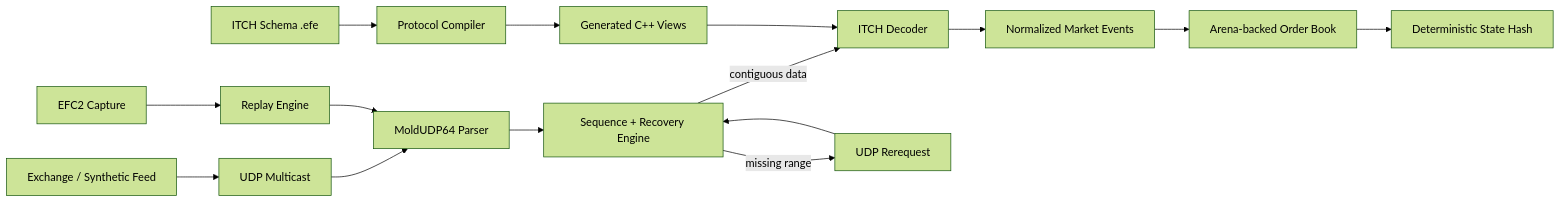
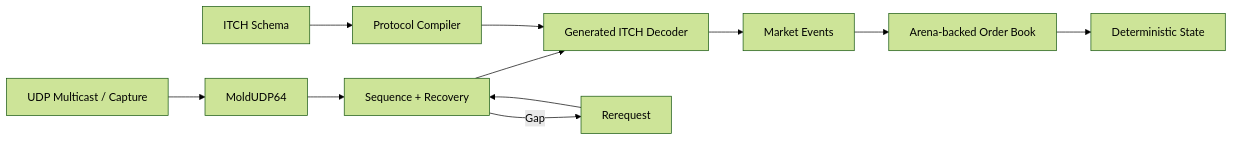
The diagram in README.md (bhumi6633/market-wire), drawn with Mermaid (forest theme) before and after one commit. The commit also changed other lines of this file and 7 other files, not shown here.

````diff
--- a/README.md
+++ b/README.md
@@ -58,23 +33,15 @@
 ```mermaid
 flowchart LR
-    EX[Exchange / Synthetic Feed] --> UDP[UDP Multicast]
-    UDP --> M[MoldUDP64 Parser]
+    A[UDP Multicast / Capture] --> B[MoldUDP64]
+    B --> C[Sequence + Recovery]
+    C --> D[Generated ITCH Decoder]
+    D --> E[Market Events]
+    E --> F[Arena-backed Order Book]
+    F --> G[Deterministic State]
 
-    M --> S[Sequence + Recovery Engine]
+    H[ITCH Schema] --> I[Protocol Compiler]
+    I --> D
 
-    S -->|contiguous data| D[ITCH Decoder]
-    S -->|missing range| RR[UDP Rerequest]
-    RR --> S
-
-    D --> E[Normalized Market Events]
-    E --> B[Arena-backed Order Book]
-
-    B --> H[Deterministic State Hash]
-
-    CAP[EFC2 Capture] --> RP[Replay Engine]
-    RP --> M
-
-    DSL[ITCH Schema .efe] --> C[Protocol Compiler]
-    C --> GD[Generated C++ Views]
-    GD --> D
+    C -->|Gap| J[Rerequest]
+    J --> C
 ```
````
